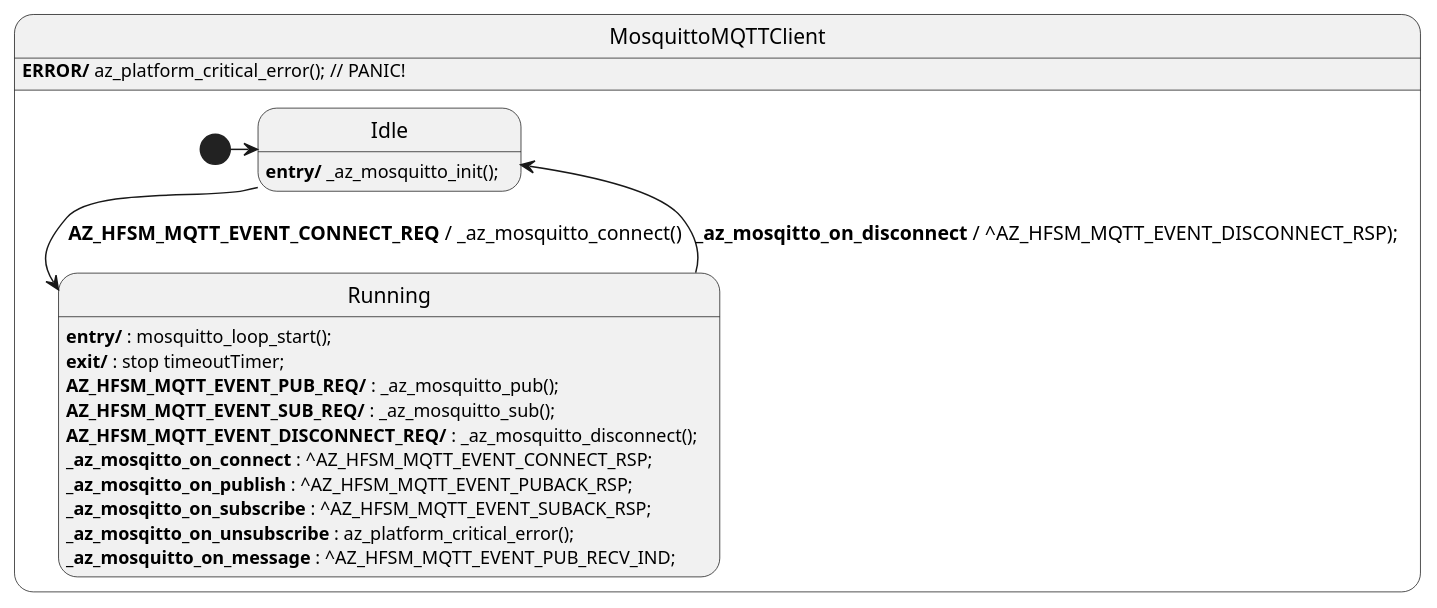
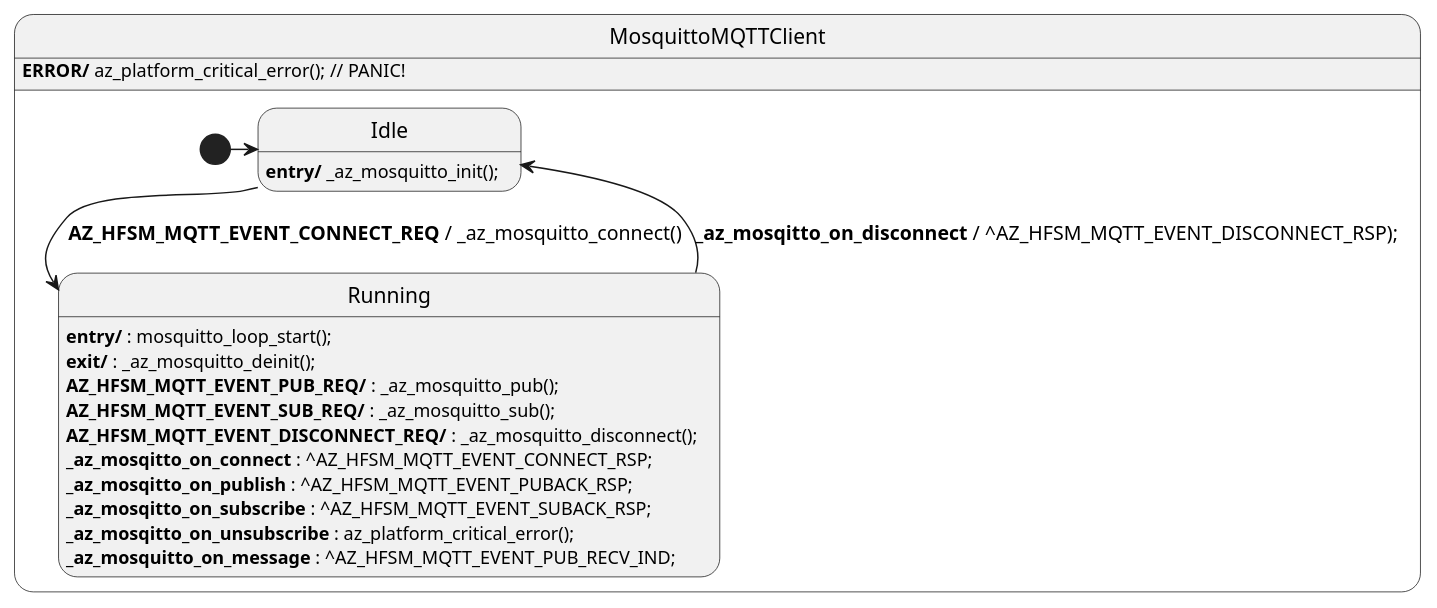
The diagram in sdk/docs/iot/resources/az_iot_hfsm_mqtt_mosquitto.puml (vaavva/azure-sdk-for-c-hfsm), drawn with PlantUML before and after one commit. The commit also changed 4 other files, not shown here.

Commit message:
HFSM bug-fixes, pipeline architecture puml.

```diff
--- a/sdk/docs/iot/resources/az_iot_hfsm_mqtt_mosquitto.puml
+++ b/sdk/docs/iot/resources/az_iot_hfsm_mqtt_mosquitto.puml
@@ -1,27 +1,27 @@
 @startuml
 
 state MosquittoMQTTClient {
 
     state Idle
     Idle : <b>entry/</b> _az_mosquitto_init();
 
     [*] -> Idle
     Idle --> Running : <b>AZ_HFSM_MQTT_EVENT_CONNECT_REQ</b> / _az_mosquitto_connect()
 
     state Running
     Running : <b>entry/</b> : mosquitto_loop_start();
-    Running : <b>exit/</b> : stop timeoutTimer;
+    Running : <b>exit/</b> : _az_mosquitto_deinit();
     Running : <b>AZ_HFSM_MQTT_EVENT_PUB_REQ/</b> : _az_mosquitto_pub();
     Running : <b>AZ_HFSM_MQTT_EVENT_SUB_REQ/</b> : _az_mosquitto_sub();
     Running : <b>AZ_HFSM_MQTT_EVENT_DISCONNECT_REQ/</b> : _az_mosquitto_disconnect();
     Running : <b>_az_mosqitto_on_connect</b> : ^AZ_HFSM_MQTT_EVENT_CONNECT_RSP;
     Running : <b>_az_mosqitto_on_publish</b> : ^AZ_HFSM_MQTT_EVENT_PUBACK_RSP;
     Running : <b>_az_mosqitto_on_subscribe</b> : ^AZ_HFSM_MQTT_EVENT_SUBACK_RSP;
     Running : <b>_az_mosqitto_on_unsubscribe</b> : az_platform_critical_error();
     Running : <b>_az_mosquitto_on_message</b> : ^AZ_HFSM_MQTT_EVENT_PUB_RECV_IND;
 
     Running --> Idle : <b>_az_mosqitto_on_disconnect</b> / ^AZ_HFSM_MQTT_EVENT_DISCONNECT_RSP);
     MosquittoMQTTClient : <b>ERROR/</b> az_platform_critical_error(); // PANIC!
 }
 
 @enduml
```
